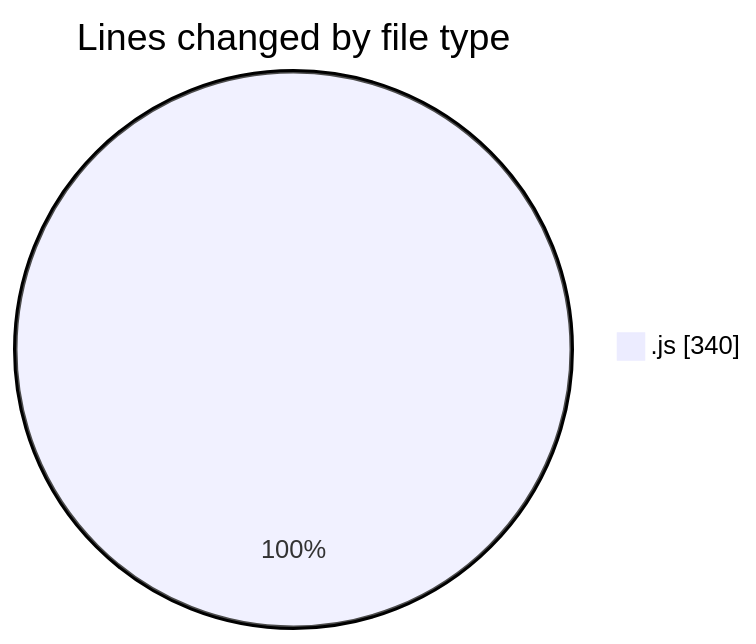
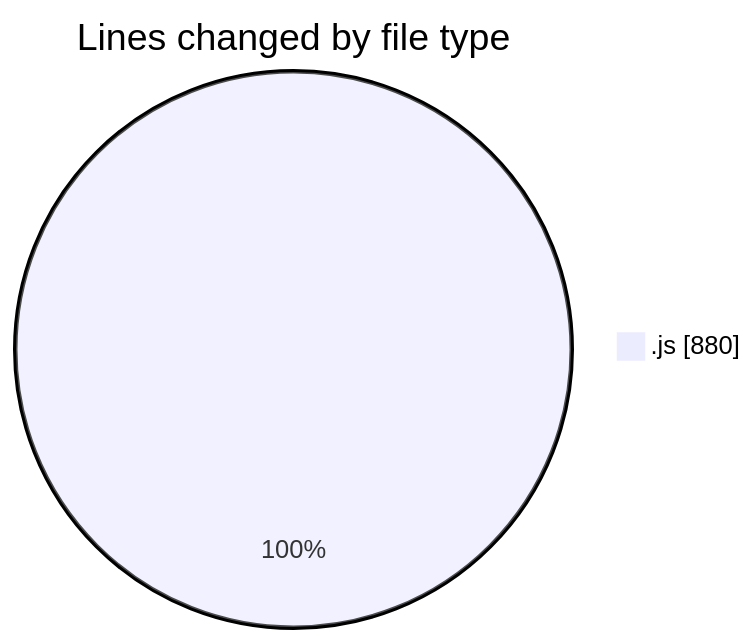
One commit to becaeroporto-bot/code-tracking changed the first of 2 diagrams in 2026-02-20/bot_i_a/README.md. Above: the diagram before and after it, drawn with Mermaid. The commit also changed other lines of this file and 1 other file, not shown here.

````diff
--- a/2026-02-20/bot_i_a/README.md
+++ b/2026-02-20/bot_i_a/README.md
@@ -23,5 +28,5 @@
 ```mermaid
 pie showData
 title Lines changed by file type
-".js" : 340
+".js" : 880
 ```
````
